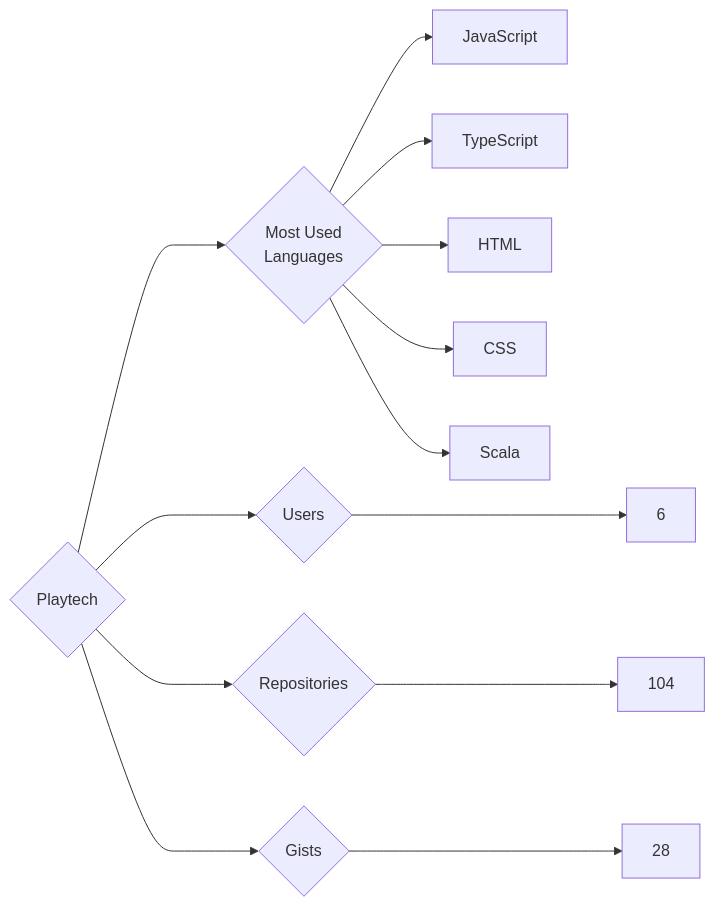
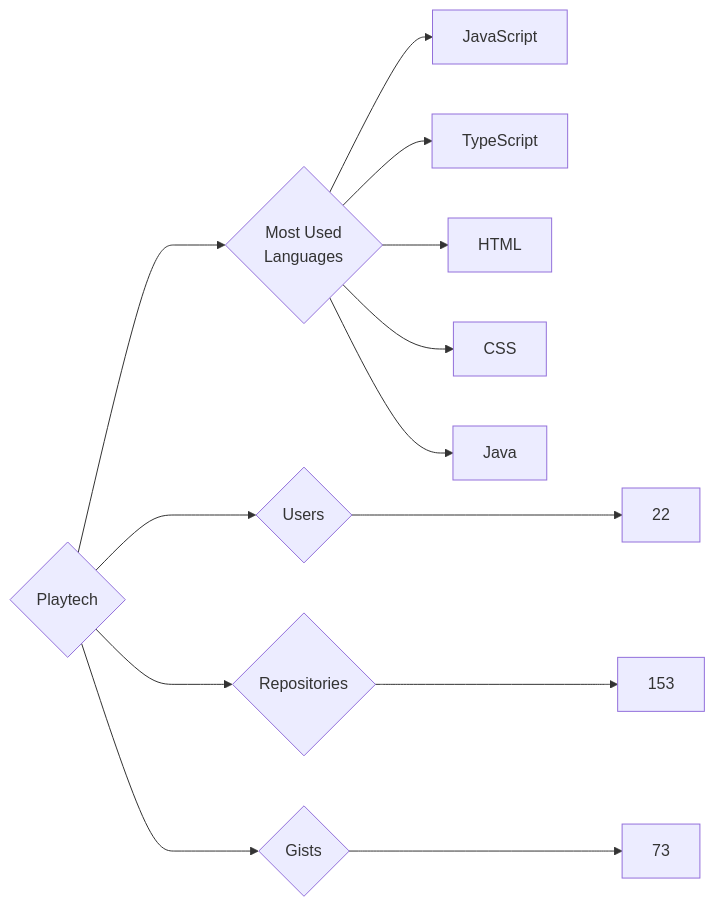
One commit to trickest/insiders changed the diagram in targets/Playtech/README.md. Above: the diagram before and after it, drawn with Mermaid. The commit also changed 806 other files, not shown here.

````diff
--- a/targets/Playtech/README.md
+++ b/targets/Playtech/README.md
@@ -3,13 +3,13 @@
 ```mermaid
 graph LR
 COMPANY_NAME{Playtech}
-COMPANY_NAME ---> U{Users} ---> UN[6]
-COMPANY_NAME ---> R{Repositories} ---> RN[104]
-COMPANY_NAME ---> G{Gists} ---> GN[28]
+COMPANY_NAME ---> U{Users} ---> UN[22]
+COMPANY_NAME ---> R{Repositories} ---> RN[153]
+COMPANY_NAME ---> G{Gists} ---> GN[73]
 COMPANY_NAME ---> ML{Most Used<br>Languages}
 ML --> JavaScript[JavaScript]
 ML --> TypeScript[TypeScript]
 ML --> HTML[HTML]
 ML --> CSS[CSS]
-ML --> Scala[Scala]
+ML --> Java[Java]
 ```
````
